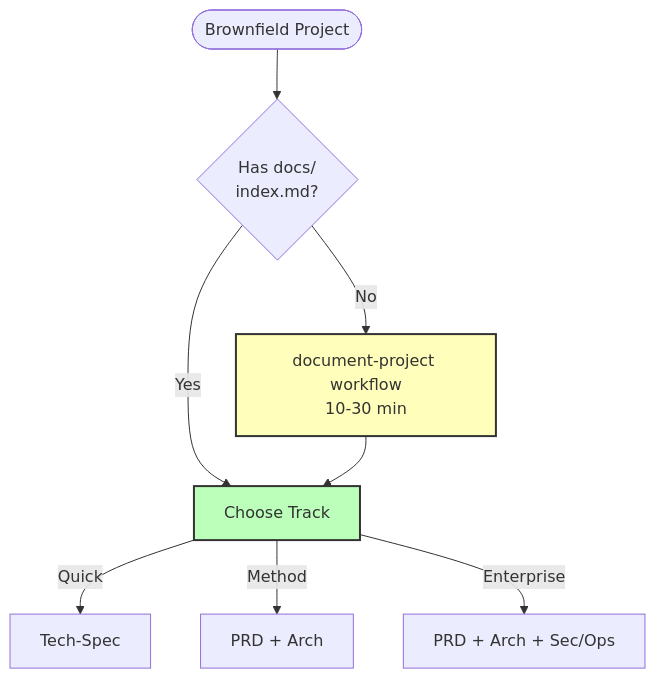
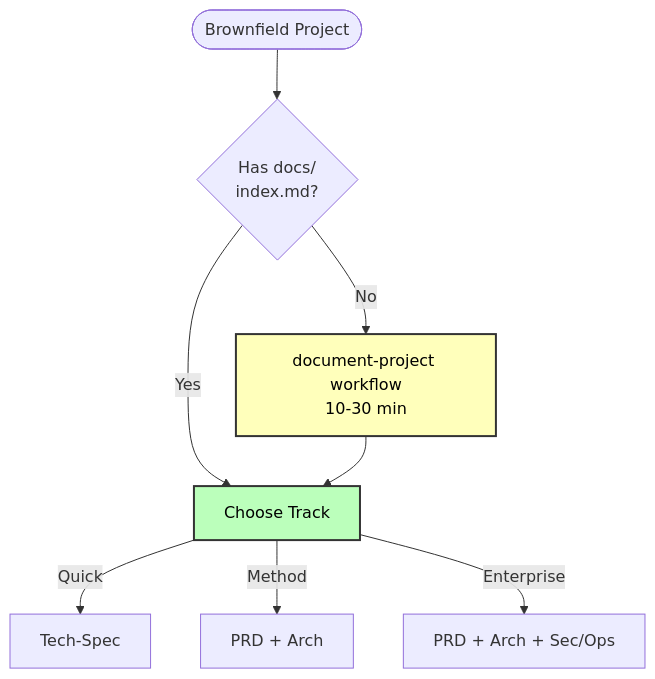
One commit to steven-d-pennington/symptom-tracker changed the second of 2 diagrams in bmad/bmm/docs/scale-adaptive-system.md. Above: the diagram before and after it, drawn with Mermaid. The commit also changed other lines of this file and 204 other files, not shown here.

````diff
--- a/bmad/bmm/docs/scale-adaptive-system.md
+++ b/bmad/bmm/docs/scale-adaptive-system.md
@@ -378,17 +378,17 @@
 ```mermaid
 flowchart TD
     START([Brownfield Project])
     CHECK{Has docs/<br/>index.md?}
 
     START --> CHECK
     CHECK -->|No| DOC[document-project workflow<br/>10-30 min]
     CHECK -->|Yes| TRACK[Choose Track]
 
     DOC --> TRACK
     TRACK -->|Quick| QF[Tech-Spec]
     TRACK -->|Method| M[PRD + Arch]
     TRACK -->|Enterprise| E[PRD + Arch + Sec/Ops]
 
-    style DOC fill:#ffb,stroke:#333,stroke-width:2px
-    style TRACK fill:#bfb,stroke:#333,stroke-width:2px
+    style DOC fill:#ffb,stroke:#333,stroke-width:2px,color:#000
+    style TRACK fill:#bfb,stroke:#333,stroke-width:2px,color:#000
 ```
````
